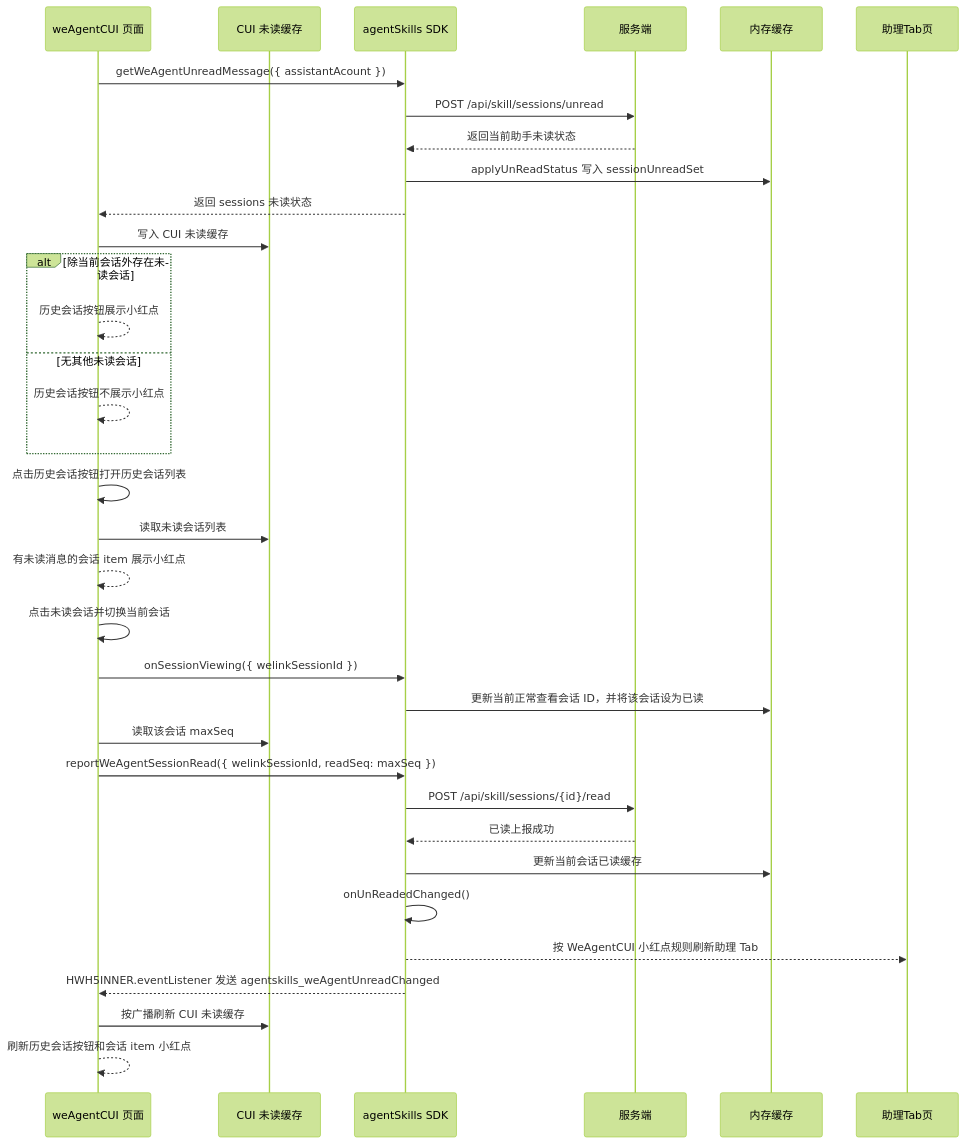
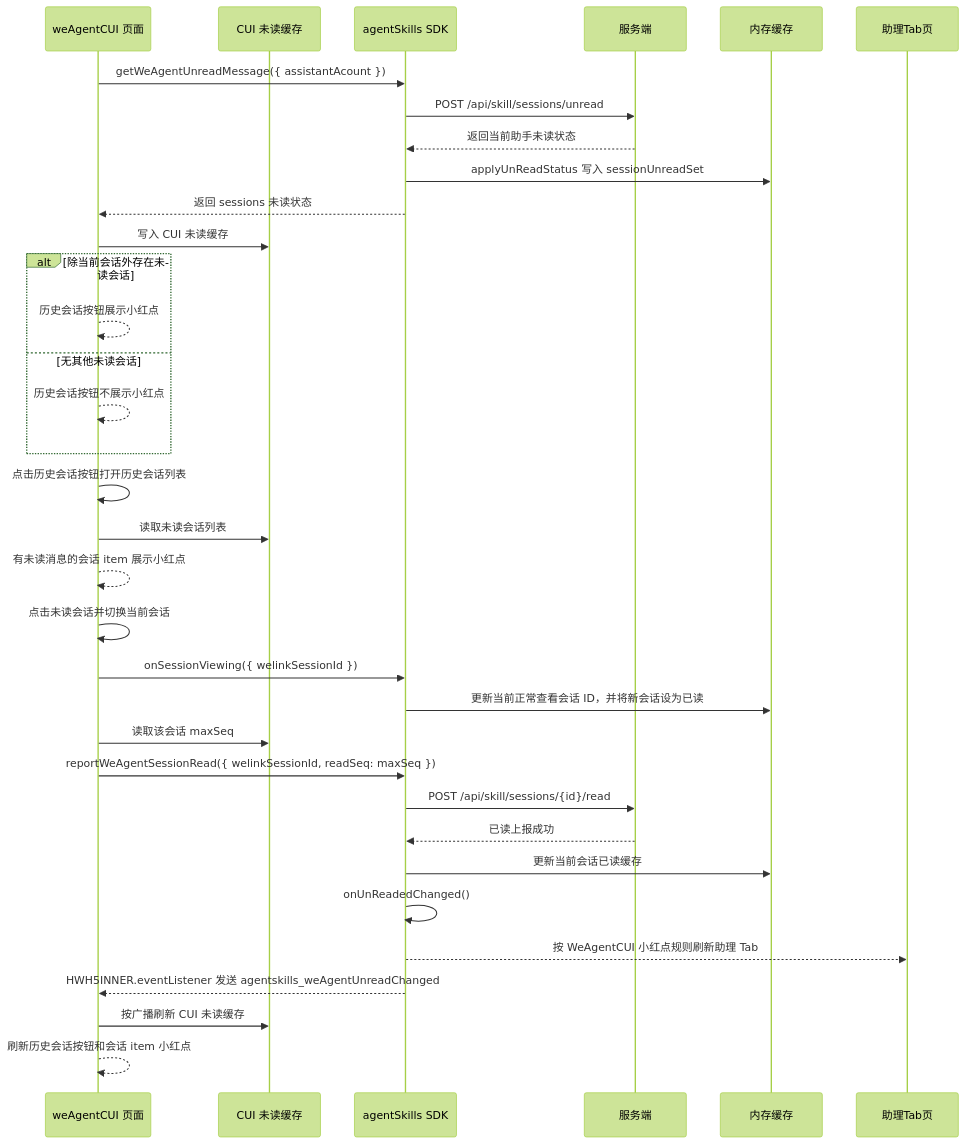
Before and after one commit to Abelsjcheng/skillSDK: the seventh of 8 diagrams in 2026-06-11-we-agent-tab-unread-red-dot-plan.md, drawn with Mermaid (forest theme). The commit also changed other lines of this file, not shown here.

````diff
--- a/2026-06-11-we-agent-tab-unread-red-dot-plan.md
+++ b/2026-06-11-we-agent-tab-unread-red-dot-plan.md
@@ -267,37 +272,37 @@
 ```mermaid
 sequenceDiagram
     participant CUI as weAgentCUI 页面
     participant CUICache as CUI 未读缓存
     participant SDK as agentSkills SDK
     participant Server as 服务端
     participant Memory as 内存缓存
     participant Tab as 助理Tab页
 
     CUI->>SDK: getWeAgentUnreadMessage({ assistantAcount })
     SDK->>Server: POST /api/skill/sessions/unread
     Server-->>SDK: 返回当前助手未读状态
     SDK->>Memory: applyUnReadStatus 写入 sessionUnreadSet
     SDK-->>CUI: 返回 sessions 未读状态
     CUI->>CUICache: 写入 CUI 未读缓存
     alt 除当前会话外存在未读会话
         CUI-->>CUI: 历史会话按钮展示小红点
     else 无其他未读会话
         CUI-->>CUI: 历史会话按钮不展示小红点
     end
     CUI->>CUI: 点击历史会话按钮打开历史会话列表
     CUI->>CUICache: 读取未读会话列表
     CUI-->>CUI: 有未读消息的会话 item 展示小红点
     CUI->>CUI: 点击未读会话并切换当前会话
     CUI->>SDK: onSessionViewing({ welinkSessionId })
-    SDK->>Memory: 更新当前正常查看会话 ID，并将该会话设为已读
+    SDK->>Memory: 更新当前正常查看会话 ID，并将新会话设为已读
     CUI->>CUICache: 读取该会话 maxSeq
     CUI->>SDK: reportWeAgentSessionRead({ welinkSessionId, readSeq: maxSeq })
     SDK->>Server: POST /api/skill/sessions/{id}/read
     Server-->>SDK: 已读上报成功
     SDK->>Memory: 更新当前会话已读缓存
     SDK->>SDK: onUnReadedChanged()
     SDK-->>Tab: 按 WeAgentCUI 小红点规则刷新助理 Tab
     SDK-->>CUI: HWH5INNER.eventListener 发送 agentskills_weAgentUnreadChanged
     CUI->>CUICache: 按广播刷新 CUI 未读缓存
     CUI-->>CUI: 刷新历史会话按钮和会话 item 小红点
 ```
````
